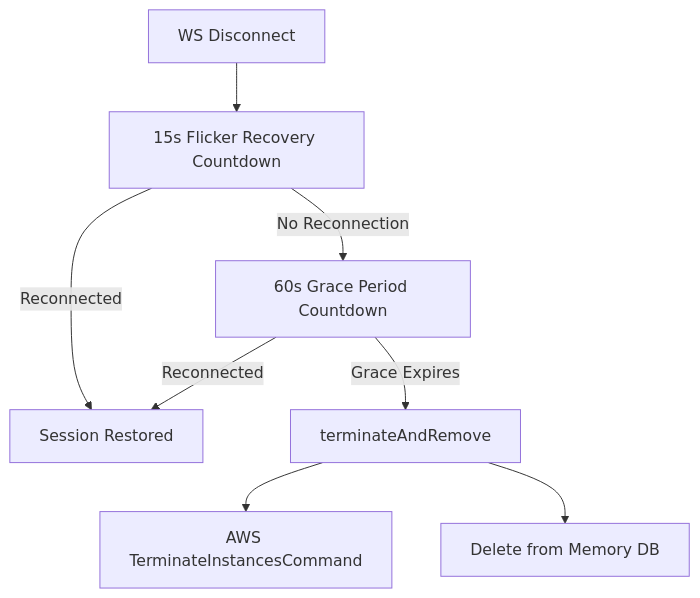
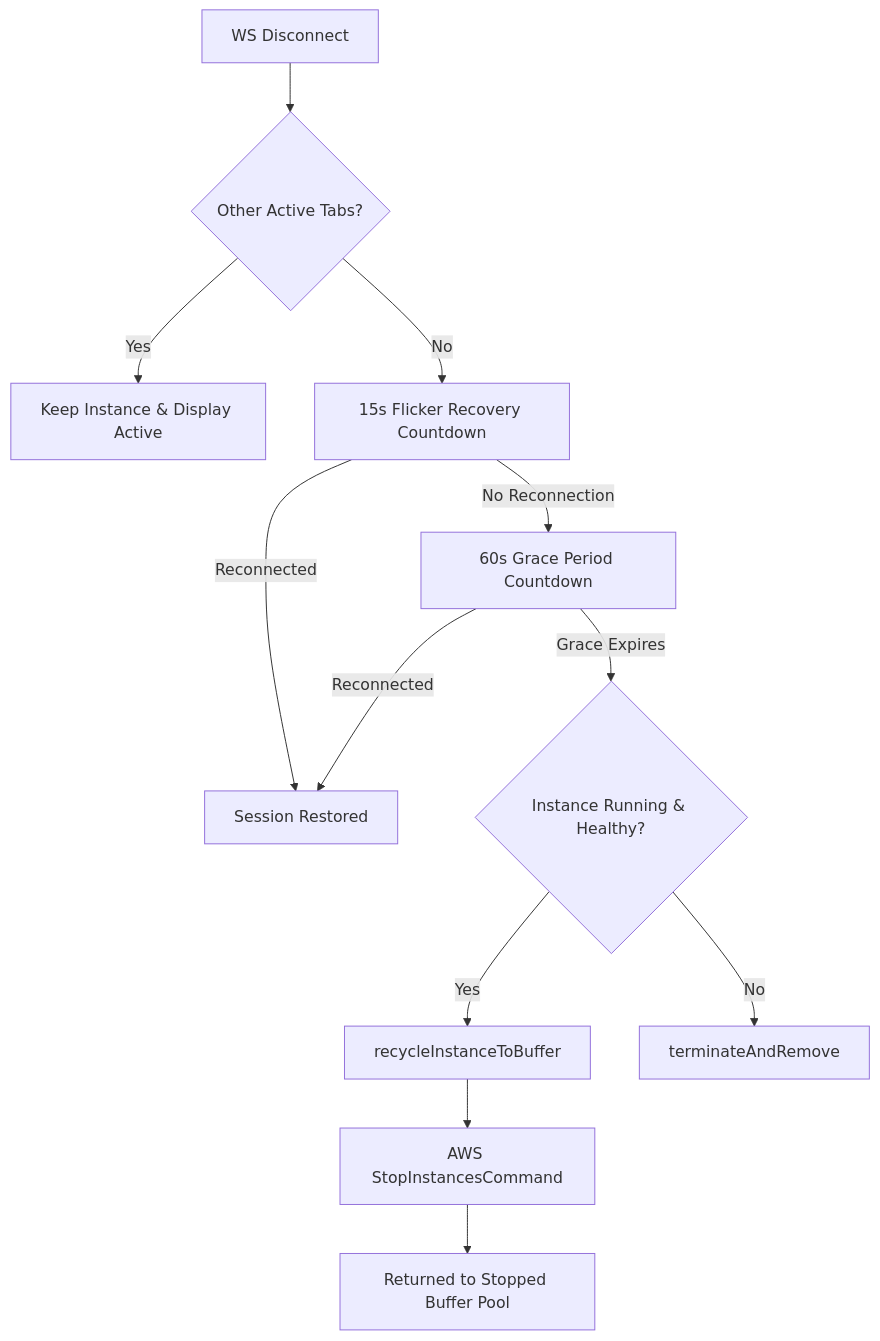
Before and after one commit to adavtyan815-art/maximall-web: the second of 2 diagrams in docs/lifecycle.md, drawn with Mermaid. The commit also changed other lines of this file and 24 other files, not shown here.

Commit message:
Finalize AWS closed-test backend: multi-AZ, private routing, buffer fallback, reconnect hardening

````diff
--- a/docs/lifecycle.md
+++ b/docs/lifecycle.md
@@ -93,10 +88,14 @@
 ```mermaid
 graph TD
-    Disconnect[WS Disconnect] --> Flicker[15s Flicker Recovery Countdown]
+    Disconnect[WS Disconnect] --> CheckOthers{Other Active Tabs?}
+    CheckOthers -->|Yes| KeepAlive[Keep Instance & Display Active]
+    CheckOthers -->|No| Flicker[15s Flicker Recovery Countdown]
     Flicker -->|Reconnected| Active[Session Restored]
     Flicker -->|No Reconnection| Grace[60s Grace Period Countdown]
     Grace -->|Reconnected| Active
-    Grace -->|Grace Expires| Teardown[terminateAndRemove]
-    Teardown --> Terminate[AWS TerminateInstancesCommand]
-    Teardown --> Delete[Delete from Memory DB]
+    Grace -->|Grace Expires| CheckHealth{Instance Running & Healthy?}
+    CheckHealth -->|Yes| Recycle[recycleInstanceToBuffer]
+    CheckHealth -->|No| Terminate[terminateAndRemove]
+    Recycle --> StopEC2[AWS StopInstancesCommand]
+    StopEC2 --> BufferReturn[Returned to Stopped Buffer Pool]
 ```
````
